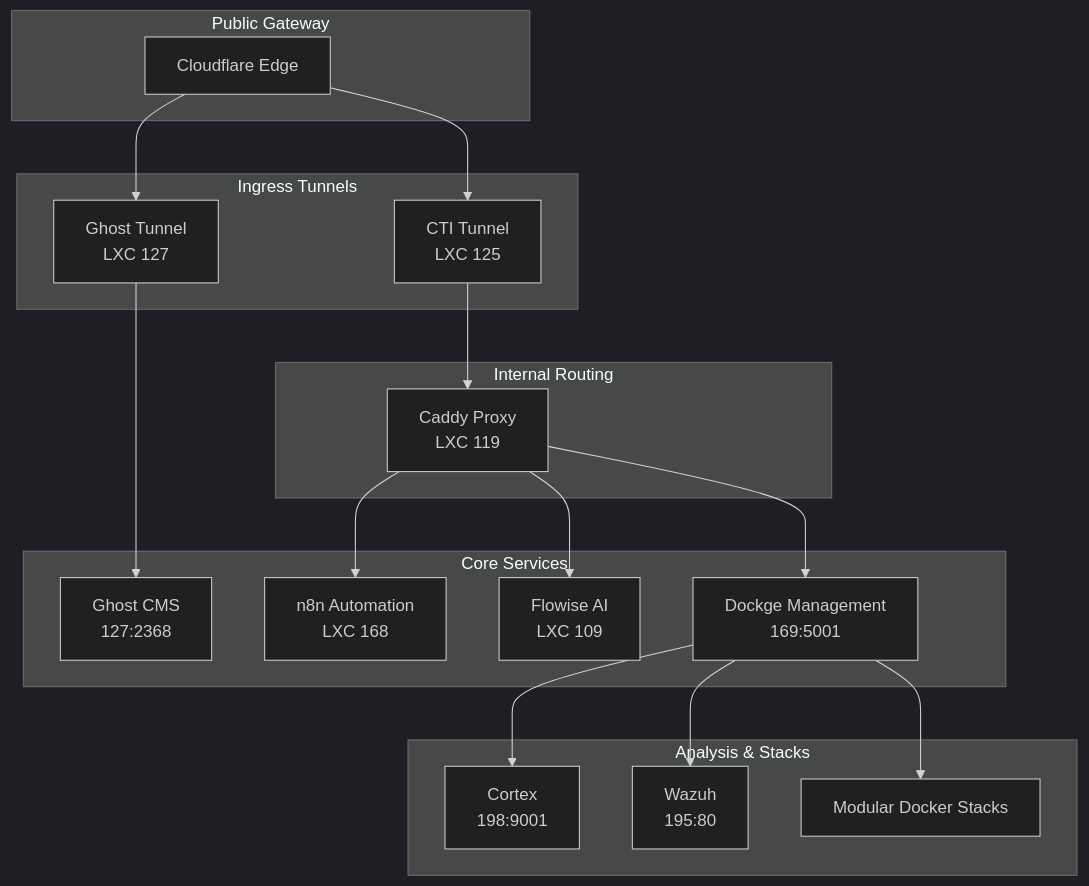
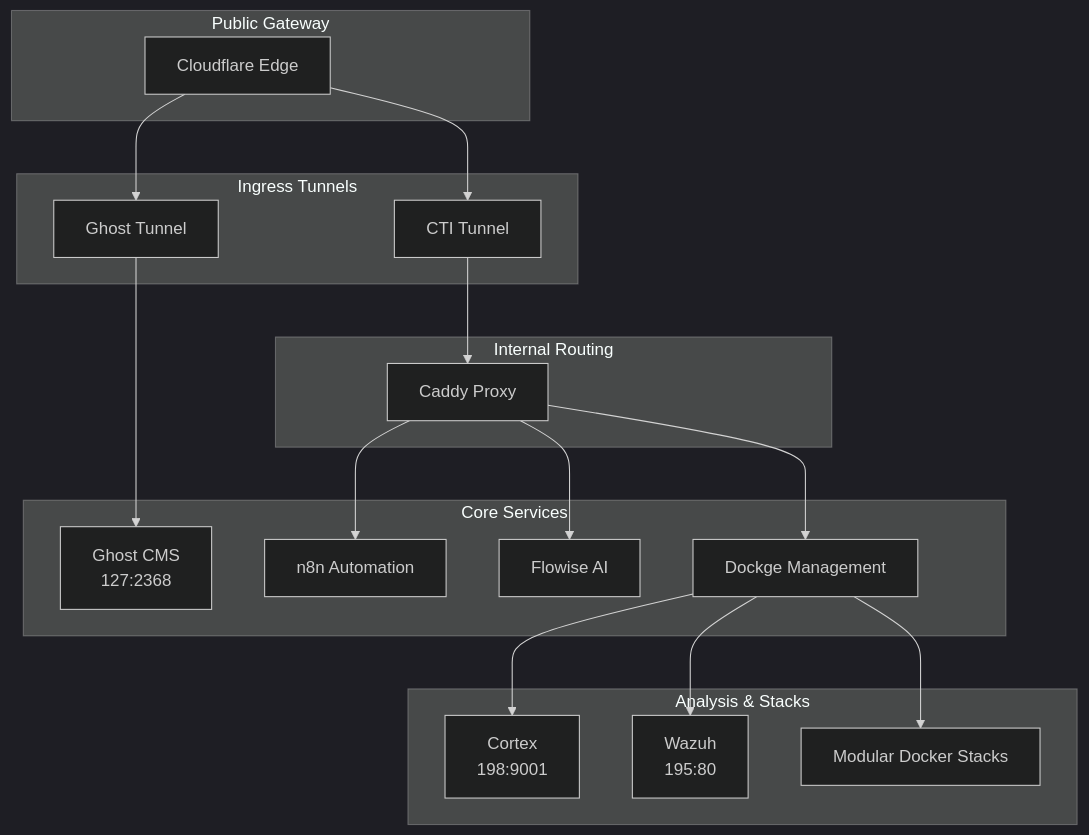
One commit to JazenaYLA/threatlabs-cti-stack changed the diagram in README.md. Above: the diagram before and after it, drawn with Mermaid (dark theme). The commit also changed 2 other files, not shown here.

Commit message:
docs: complete removal of Proxmox LXC/PCT identifiers from public documentation

````diff
--- a/README.md
+++ b/README.md
@@ -9,38 +9,38 @@
 ```mermaid
     graph TD
 
     subgraph "Public Gateway"
         CF[Cloudflare Edge]
     end
 
     subgraph "Ingress Tunnels"
-        GT[Ghost Tunnel<br/>LXC 127]
-        CT[CTI Tunnel<br/>LXC 125]
+        GT[Ghost Tunnel]
+        CT[CTI Tunnel]
     end
 
     subgraph "Internal Routing"
-        Caddy[Caddy Proxy<br/>LXC 119]
+        Caddy[Caddy Proxy]
     end
 
     subgraph "Core Services"
         Ghost[Ghost CMS<br/>127:2368]
-        n8n[n8n Automation<br/>LXC 168]
-        Flowise[Flowise AI<br/>LXC 109]
-        Dockge[Dockge Management<br/>169:5001]
+        n8n[n8n Automation]
+        Flowise[Flowise AI]
+        Dockge[Dockge Management]
     end
 
     subgraph "Analysis & Stacks"
         Cortex[Cortex<br/>198:9001]
         Wazuh[Wazuh<br/>195:80]
         Stacks[Modular Docker Stacks]
     end
 
     %% Routing
     CF --> GT & CT
     GT --> Ghost
     CT --> Caddy
     
     Caddy --> n8n & Flowise & Dockge
     
     Dockge --> Cortex & Wazuh & Stacks
 ```
````
